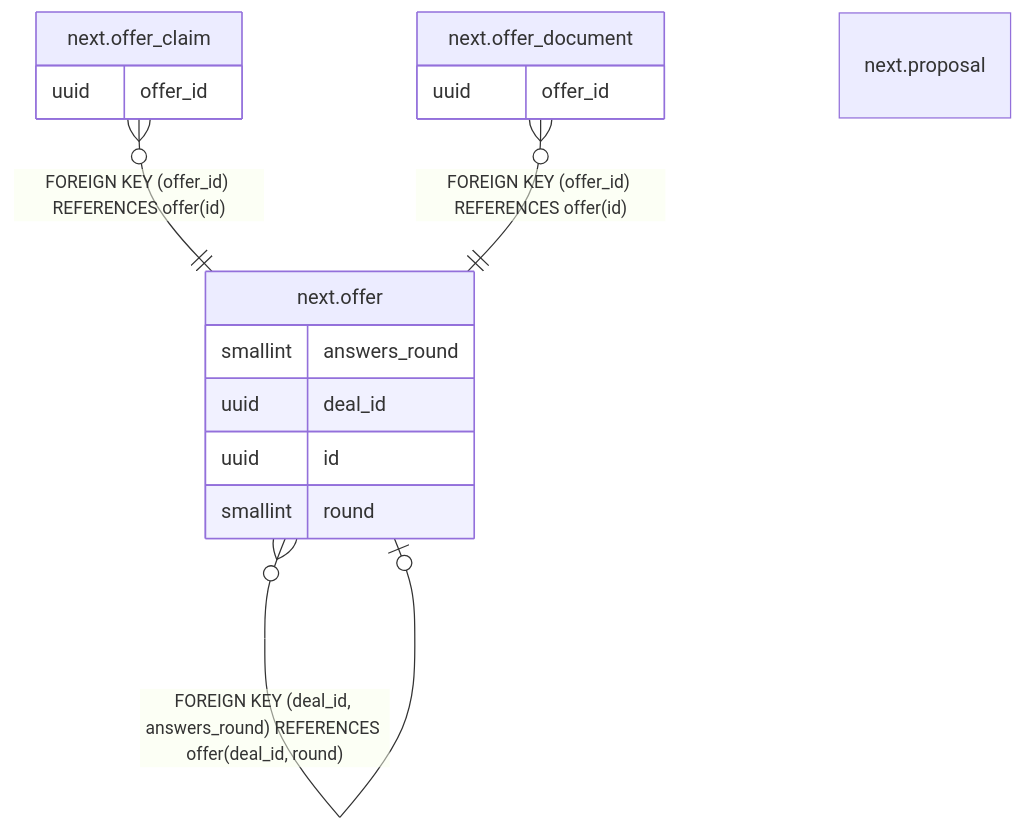
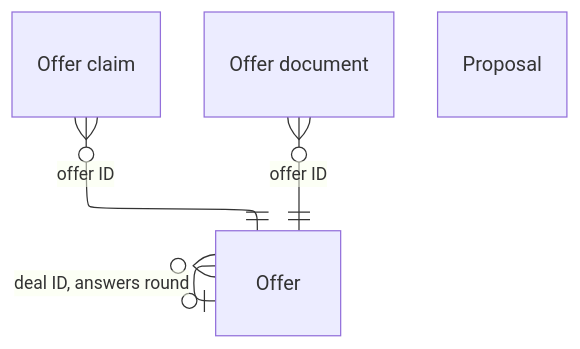
The diagram in docs/database/tables/viewpoint-offers.md (DoctorCRE/doctorcre-engine), drawn with Mermaid before and after one commit. The commit also changed other lines of this file and 29 other files, not shown here.

````diff
--- a/docs/database/tables/viewpoint-offers.md
+++ b/docs/database/tables/viewpoint-offers.md
@@ -18,22 +3,17 @@
 ```mermaid
+---
+config:
+  layout: elk
+  er:
+    nodeSpacing: 22
+    rankSpacing: 44
+---
 erDiagram
-
-"next.offer" }o--o| "next.offer" : "FOREIGN KEY (deal_id, answers_round) REFERENCES offer(deal_id, round)"
-"next.offer_claim" }o--|| "next.offer" : "FOREIGN KEY (offer_id) REFERENCES offer(id)"
-"next.offer_document" }o--|| "next.offer" : "FOREIGN KEY (offer_id) REFERENCES offer(id)"
-
-"next.offer" {
-  smallint answers_round
-  uuid deal_id
-  uuid id
-  smallint round
-}
-"next.offer_claim" {
-  uuid offer_id
-}
-"next.offer_document" {
-  uuid offer_id
-}
-"next.proposal" {
-}
+  "Offer"
+  "Offer claim"
+  "Offer document"
+  "Proposal"
+  "Offer" }o--o| "Offer" : "deal ID, answers round"
+  "Offer claim" }o--|| "Offer" : "offer ID"
+  "Offer document" }o--|| "Offer" : "offer ID"
 ```
````
